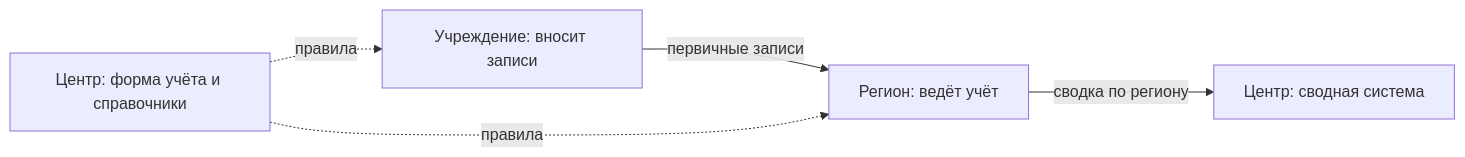
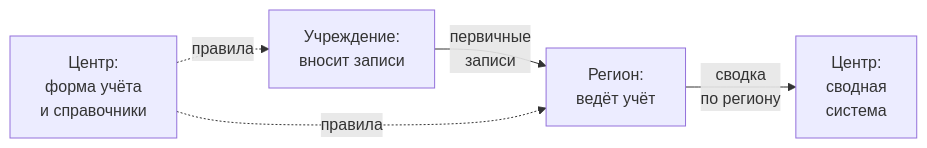
The diagram in docs/03-process/03-owners-and-mandates.md (ivbeg/data-inventory), drawn with Mermaid before and after one commit. The commit also changed 34 other files, not shown here.

First line of the commit message:
Читаемая карта от продукта и единый размер схем в PDF

````diff
--- a/docs/03-process/03-owners-and-mandates.md
+++ b/docs/03-process/03-owners-and-mandates.md
@@ -38,7 +38,15 @@
 ```mermaid
+---
+config:
+  layout: dagre
+  flowchart:
+    rankSpacing: 30
+    nodeSpacing: 30
+    minNodeWidth: 40
+---
 flowchart LR
-  U["Учреждение: вносит записи"] -- "первичные записи" --> R["Регион: ведёт учёт"]
-  R -- "сводка по региону" --> C["Центр: сводная система"]
-  F["Центр: форма учёта и справочники"] -. "правила" .-> U
+  U["Учреждение:<br/>вносит записи"] -- "первичные<br/>записи" --> R["Регион:<br/>ведёт учёт"]
+  R -- "сводка<br/>по региону" --> C["Центр:<br/>сводная<br/>система"]
+  F["Центр:<br/>форма учёта<br/>и справочники"] -. "правила" .-> U
   F -. "правила" .-> R
 ```
````
